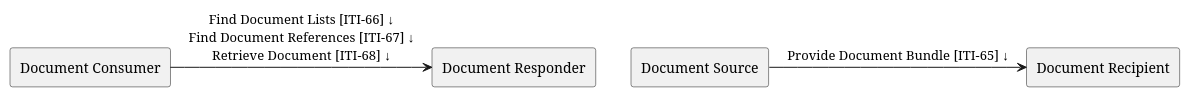
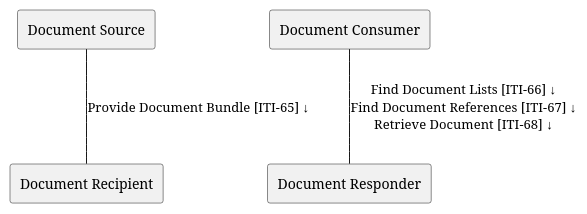
The diagram in input/images-source/ActorsAndTransactions.plantuml (IHE/ITI.MHD), drawn with PlantUML before and after one commit. The commit also changed 15 other files, not shown here.

```diff
--- a/input/images-source/ActorsAndTransactions.plantuml
+++ b/input/images-source/ActorsAndTransactions.plantuml
@@ -1,8 +1,8 @@
 @startuml
 agent "Document Source" as DocumentSource
 agent "Document Consumer" as DocumentConsumer
 agent "Document Responder" as DocumentResponder
 agent "Document Recipient" as DocumentRecipient
-DocumentConsumer -> DocumentResponder : "Find Document Lists [ITI-66] ↓\nFind Document References [ITI-67] ↓\nRetrieve Document [ITI-68] ↓"
-DocumentSource -> DocumentRecipient : "Provide Document Bundle [ITI-65] ↓"
+DocumentConsumer -- DocumentResponder : "Find Document Lists [ITI-66] ↓\nFind Document References [ITI-67] ↓\nRetrieve Document [ITI-68] ↓"
+DocumentSource -- DocumentRecipient : "Provide Document Bundle [ITI-65] ↓"
 @enduml
```
